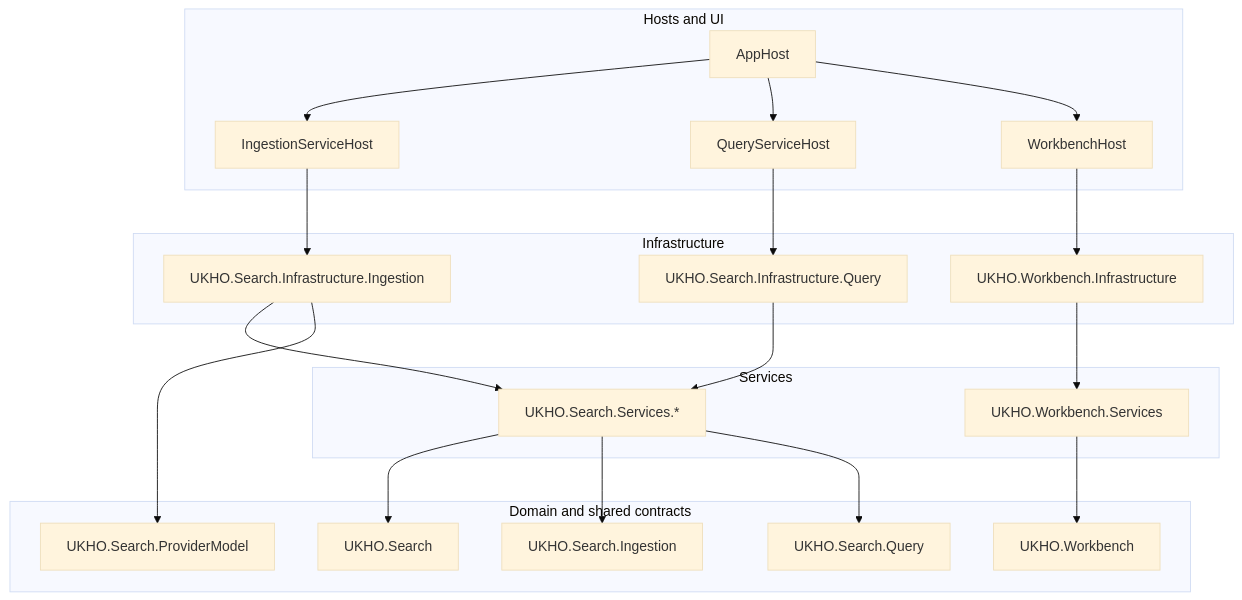
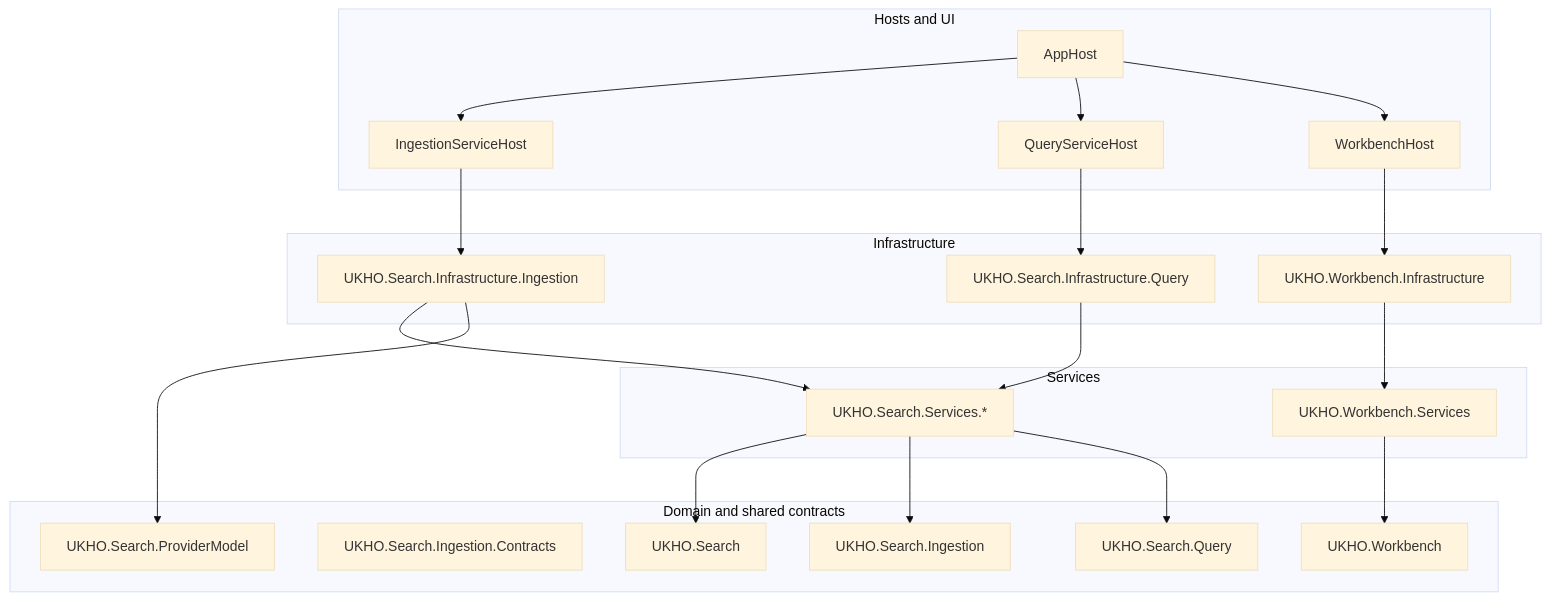
Before and after one commit to UKHO/UKHO.Search: the first of 2 diagrams in wiki/Solution-Architecture.md, drawn with Mermaid (base theme). The commit also changed other lines of this file and 199 other files, not shown here.

First line of the commit message:
feat(arc1): complete remote ingestion queue contracts (#15)

````diff
--- a/wiki/Solution-Architecture.md
+++ b/wiki/Solution-Architecture.md
@@ -33,43 +33,44 @@
 ```mermaid
 flowchart TB
     subgraph HostsAndUi[Hosts and UI]
         AppHost[AppHost]
         IngestionHost[IngestionServiceHost]
         QueryHost[QueryServiceHost]
         WorkbenchHost[WorkbenchHost]
     end
 
     subgraph Infrastructure[Infrastructure]
         InfraIngestion[UKHO.Search.Infrastructure.Ingestion]
         InfraQuery[UKHO.Search.Infrastructure.Query]
         WorkbenchInfra[UKHO.Workbench.Infrastructure]
     end
 
     subgraph Services[Services]
         SearchServices[UKHO.Search.Services.*]
         WorkbenchServices[UKHO.Workbench.Services]
     end
 
     subgraph Domain[Domain and shared contracts]
         SearchCore[UKHO.Search]
+        IngestionContracts[UKHO.Search.Ingestion.Contracts]
         IngestionCore[UKHO.Search.Ingestion]
         QueryCore[UKHO.Search.Query]
         ProviderModel[UKHO.Search.ProviderModel]
         WorkbenchCore[UKHO.Workbench]
     end
 
     AppHost --> IngestionHost
     AppHost --> QueryHost
     AppHost --> WorkbenchHost
     IngestionHost --> InfraIngestion
     QueryHost --> InfraQuery
     WorkbenchHost --> WorkbenchInfra
     InfraIngestion --> SearchServices
     InfraQuery --> SearchServices
     WorkbenchInfra --> WorkbenchServices
     SearchServices --> SearchCore
     SearchServices --> IngestionCore
     SearchServices --> QueryCore
     InfraIngestion --> ProviderModel
     WorkbenchServices --> WorkbenchCore
 ```
````
